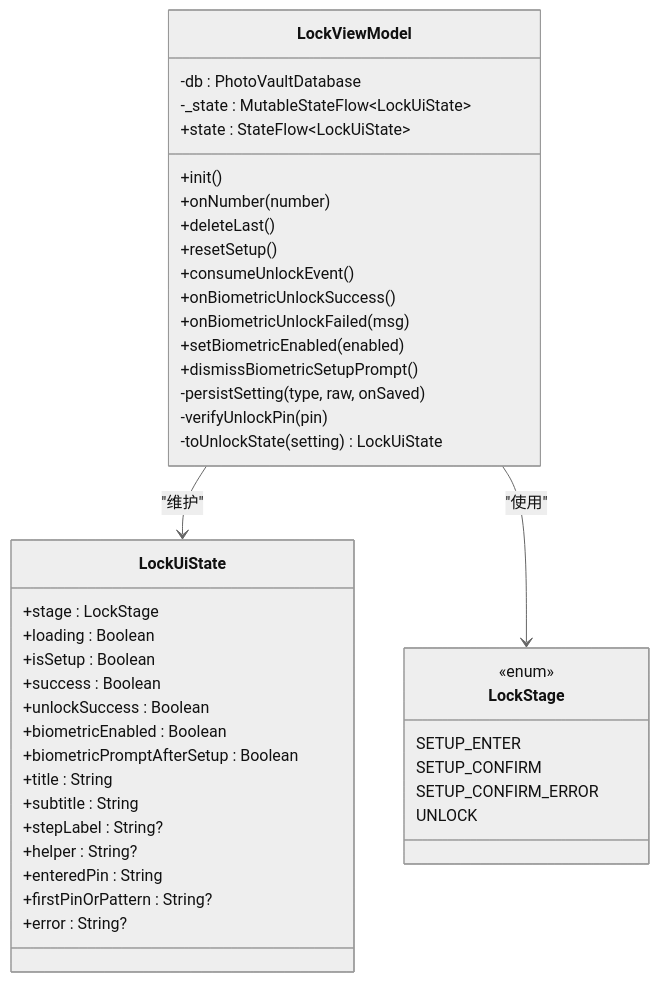
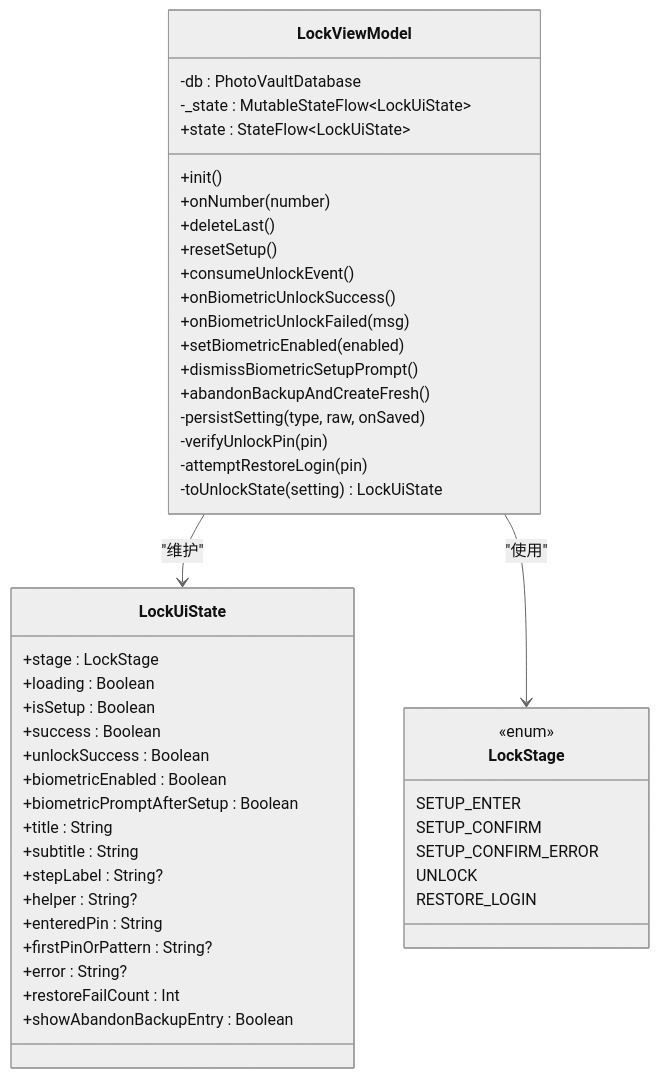
The fourth of 9 diagrams in .qoder/repowiki/zh/content/核心功能模块/安全解锁系统/安全解锁系统.md (wanhongbo/ai-photo-vault), drawn with Mermaid (neutral theme) before and after one commit. The commit also changed other lines of this file and 22 other files, not shown here.

````diff
--- a/.qoder/repowiki/zh/content/核心功能模块/安全解锁系统/安全解锁系统.md
+++ b/.qoder/repowiki/zh/content/核心功能模块/安全解锁系统/安全解锁系统.md
@@ -248,45 +298,50 @@
 ```mermaid
 classDiagram
 class LockViewModel {
 -db : PhotoVaultDatabase
 -_state : MutableStateFlow~LockUiState~
 +state : StateFlow~LockUiState~
 +init()
 +onNumber(number)
 +deleteLast()
 +resetSetup()
 +consumeUnlockEvent()
 +onBiometricUnlockSuccess()
 +onBiometricUnlockFailed(msg)
 +setBiometricEnabled(enabled)
 +dismissBiometricSetupPrompt()
++abandonBackupAndCreateFresh()
 -persistSetting(type, raw, onSaved)
 -verifyUnlockPin(pin)
+-attemptRestoreLogin(pin)
 -toUnlockState(setting) LockUiState
 }
 class LockUiState {
 +stage : LockStage
 +loading : Boolean
 +isSetup : Boolean
 +success : Boolean
 +unlockSuccess : Boolean
 +biometricEnabled : Boolean
 +biometricPromptAfterSetup : Boolean
 +title : String
 +subtitle : String
 +stepLabel : String?
 +helper : String?
 +enteredPin : String
 +firstPinOrPattern : String?
 +error : String?
++restoreFailCount : Int
++showAbandonBackupEntry : Boolean
 }
 class LockStage {
 <<enum>>
 SETUP_ENTER
 SETUP_CONFIRM
 SETUP_CONFIRM_ERROR
 UNLOCK
+RESTORE_LOGIN
 }
 LockViewModel --> LockUiState : "维护"
 LockViewModel --> LockStage : "使用"
 ```
````
